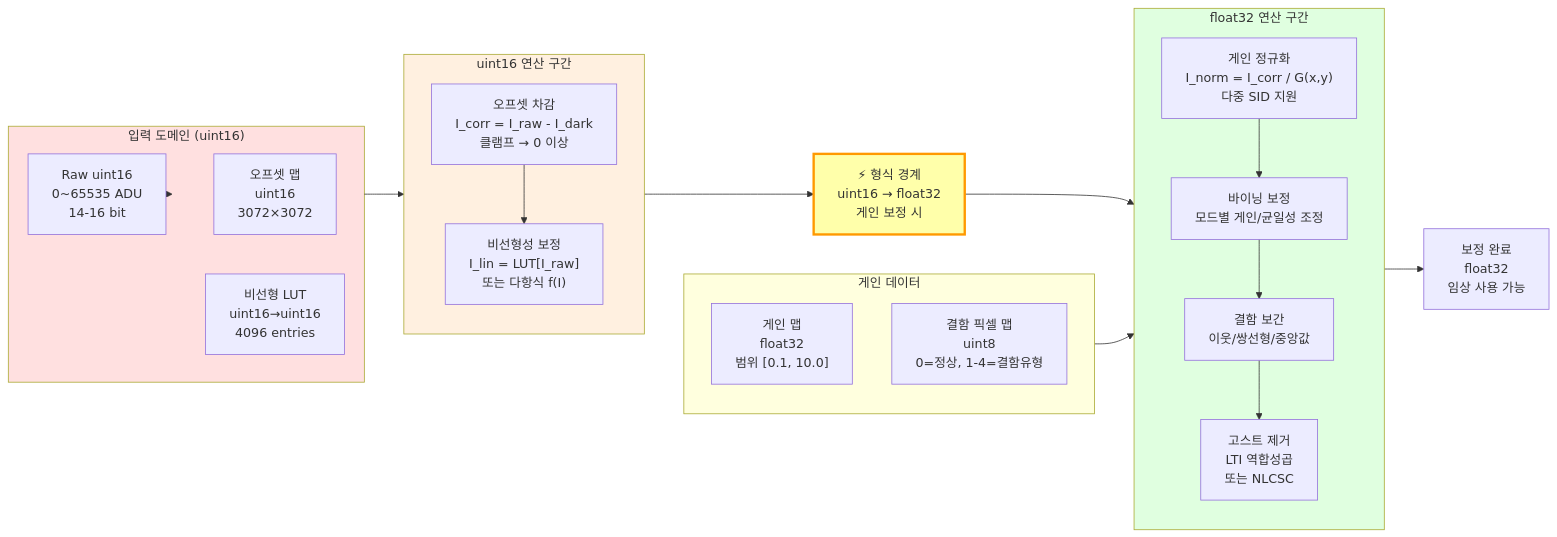
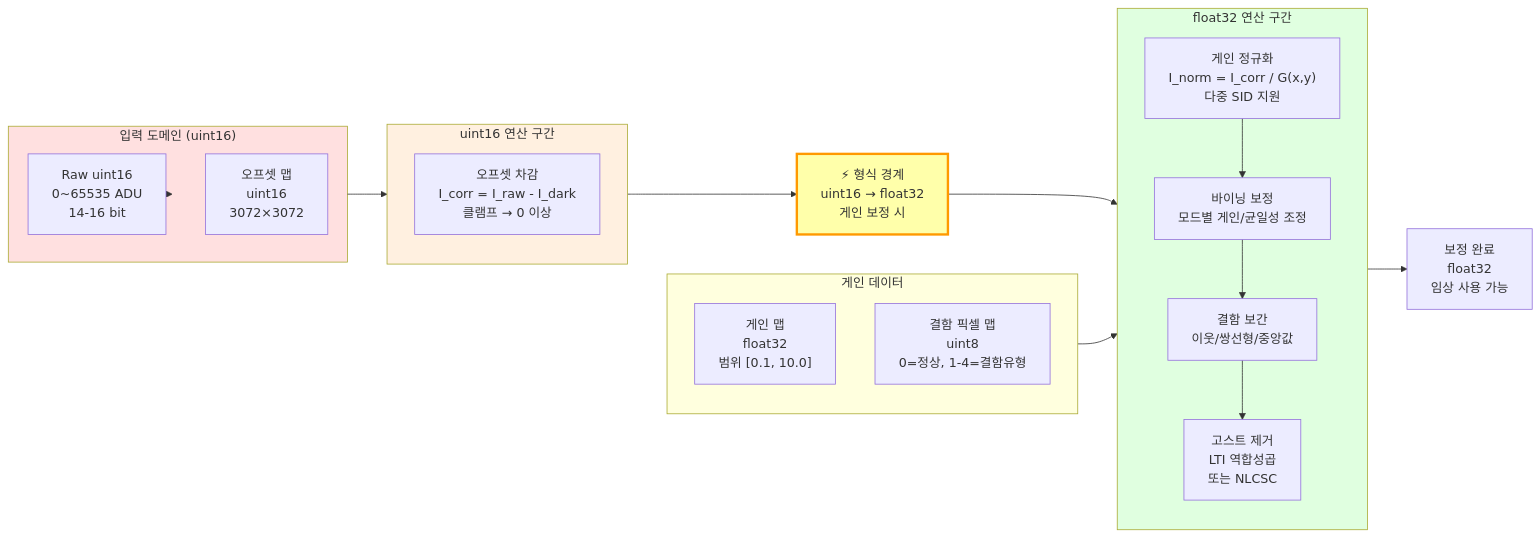
The second of 12 diagrams in docs/calibration/CONCEPT-DIAGRAMS.md (holee9/image-processing), drawn with Mermaid before and after one commit. The commit also changed other lines of this file and 18 other files, not shown here.

````diff
--- a/docs/calibration/CONCEPT-DIAGRAMS.md
+++ b/docs/calibration/CONCEPT-DIAGRAMS.md
@@ -102,45 +102,42 @@
 ```mermaid
 flowchart LR
     subgraph INPUT["입력 도메인 (uint16)"]
         R["Raw uint16\n0~65535 ADU\n14-16 bit"]
         OFF["오프셋 맵\nuint16\n3072×3072"]
-        NL["비선형 LUT\nuint16→uint16\n4096 entries"]
     end
 
     subgraph UINT16_OPS["uint16 연산 구간"]
         direction TB
         S1["오프셋 차감\nI_corr = I_raw - I_dark\n클램프 → 0 이상"]
-        S2["비선형성 보정\nI_lin = LUT[I_raw]\n또는 다항식 f(I)"]
-        S1 --> S2
     end
 
     BOUNDARY["⚡ 형식 경계\nuint16 → float32\n게인 보정 시"]
 
     subgraph FLOAT32_OPS["float32 연산 구간"]
         direction TB
         S3["게인 정규화\nI_norm = I_corr / G(x,y)\n다중 SID 지원"]
         S4["바이닝 보정\n모드별 게인/균일성 조정"]
         S5["결함 보간\n이웃/쌍선형/중앙값"]
         S6["고스트 제거\nLTI 역합성곱\n또는 NLCSC"]
         S3 --> S4 --> S5 --> S6
     end
 
     subgraph GAIN_DATA["게인 데이터"]
         G["게인 맵\nfloat32\n범위 [0.1, 10.0]"]
         BPM["결함 픽셀 맵\nuint8\n0=정상, 1-4=결함유형"]
     end
 
     OUT["보정 완료\nfloat32\n임상 사용 가능"]
 
     R --> INPUT
     INPUT --> UINT16_OPS
     UINT16_OPS --> BOUNDARY
     BOUNDARY --> FLOAT32_OPS
     GAIN_DATA --> FLOAT32_OPS
     S6 --> OUT
 
     style BOUNDARY fill:#ffffaa,stroke:#ff9900,stroke-width:3px
     style INPUT fill:#ffe0e0
     style UINT16_OPS fill:#fff0e0
     style FLOAT32_OPS fill:#e0ffe0
 ```
````
